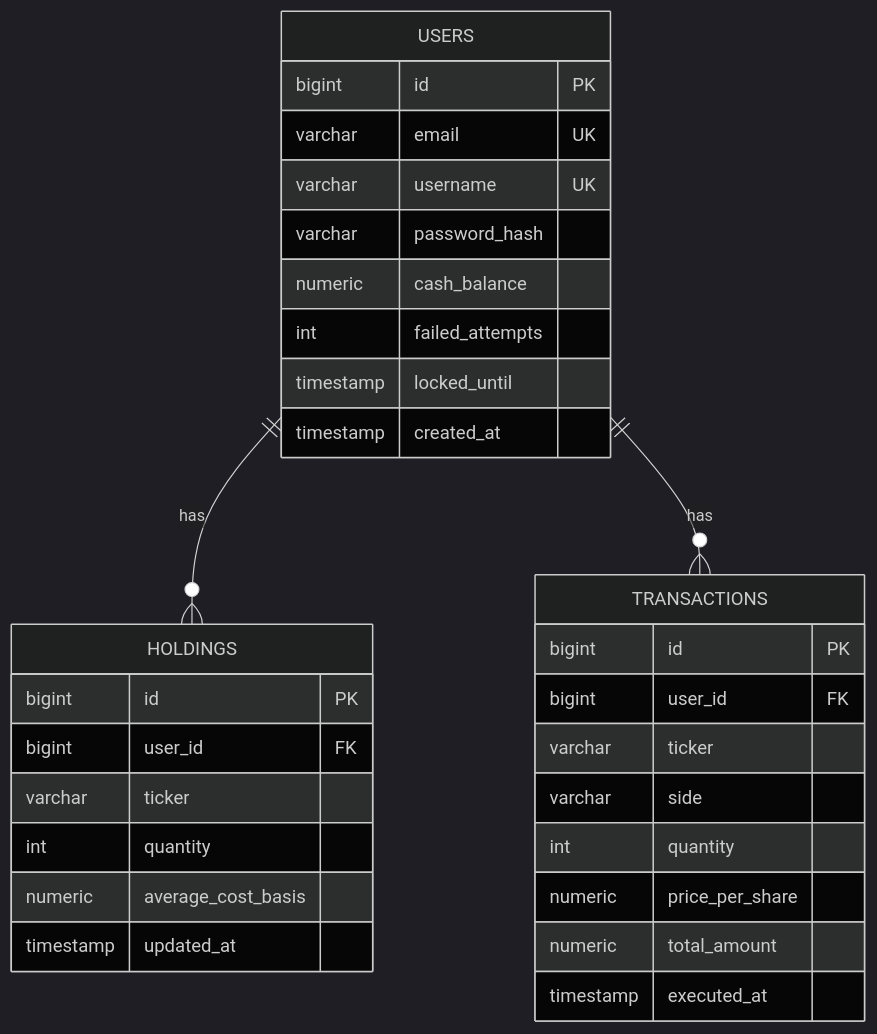
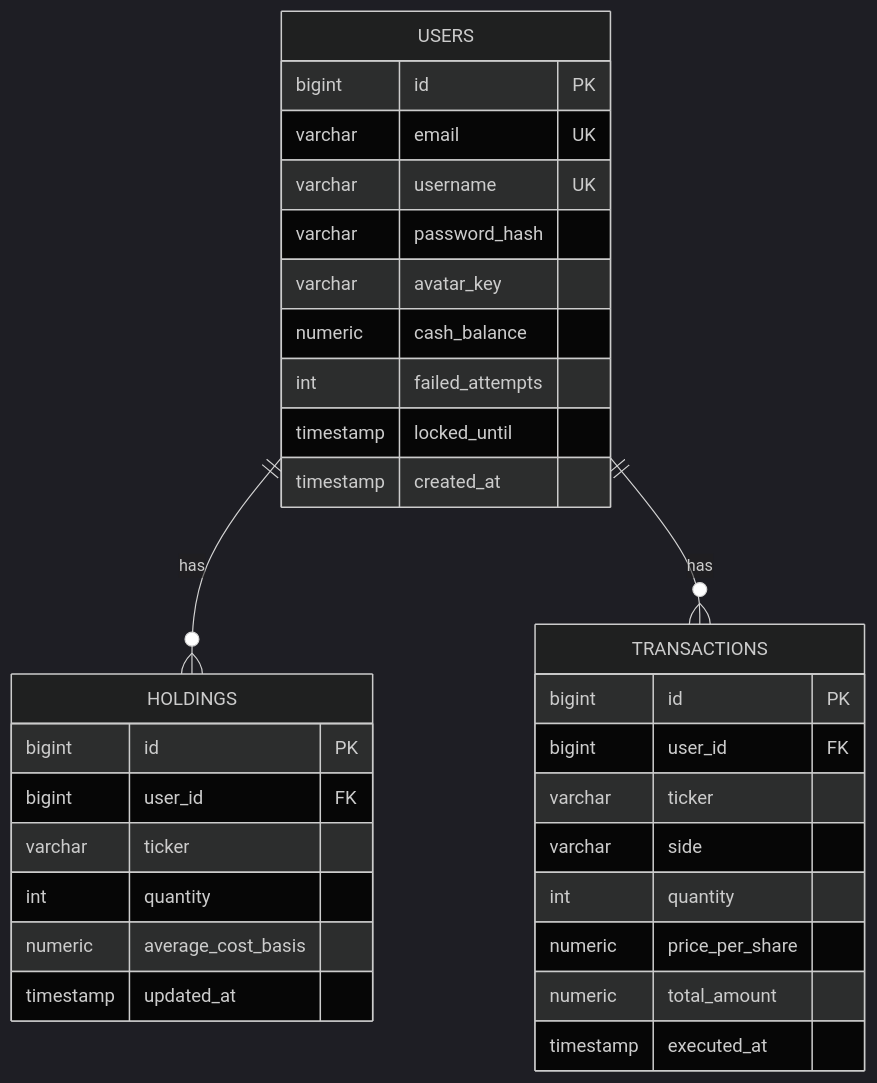
One commit to Efren707/toptrader changed the diagram in docs/architecture/data-model.md. Above: the diagram before and after it, drawn with Mermaid (dark theme). The commit also changed other lines of this file and 7 other files, not shown here.

````diff
--- a/docs/architecture/data-model.md
+++ b/docs/architecture/data-model.md
@@ -7,34 +7,35 @@
 ```mermaid
 erDiagram
     USERS ||--o{ HOLDINGS : has
     USERS ||--o{ TRANSACTIONS : has
 
     USERS {
         bigint id PK
         varchar email UK
         varchar username UK
         varchar password_hash
+        varchar avatar_key
         numeric cash_balance
         int failed_attempts
         timestamp locked_until
         timestamp created_at
     }
     HOLDINGS {
         bigint id PK
         bigint user_id FK
         varchar ticker
         int quantity
         numeric average_cost_basis
         timestamp updated_at
     }
     TRANSACTIONS {
         bigint id PK
         bigint user_id FK
         varchar ticker
         varchar side
         int quantity
         numeric price_per_share
         numeric total_amount
         timestamp executed_at
     }
 ```
````
